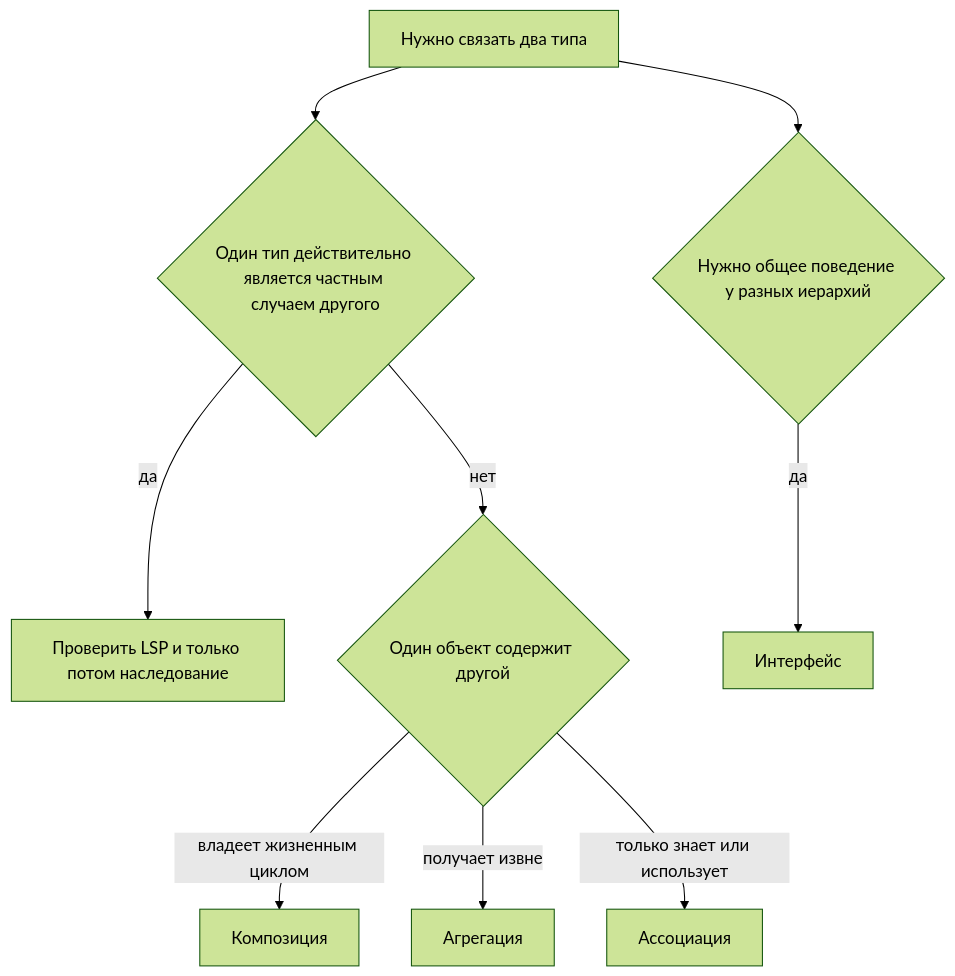
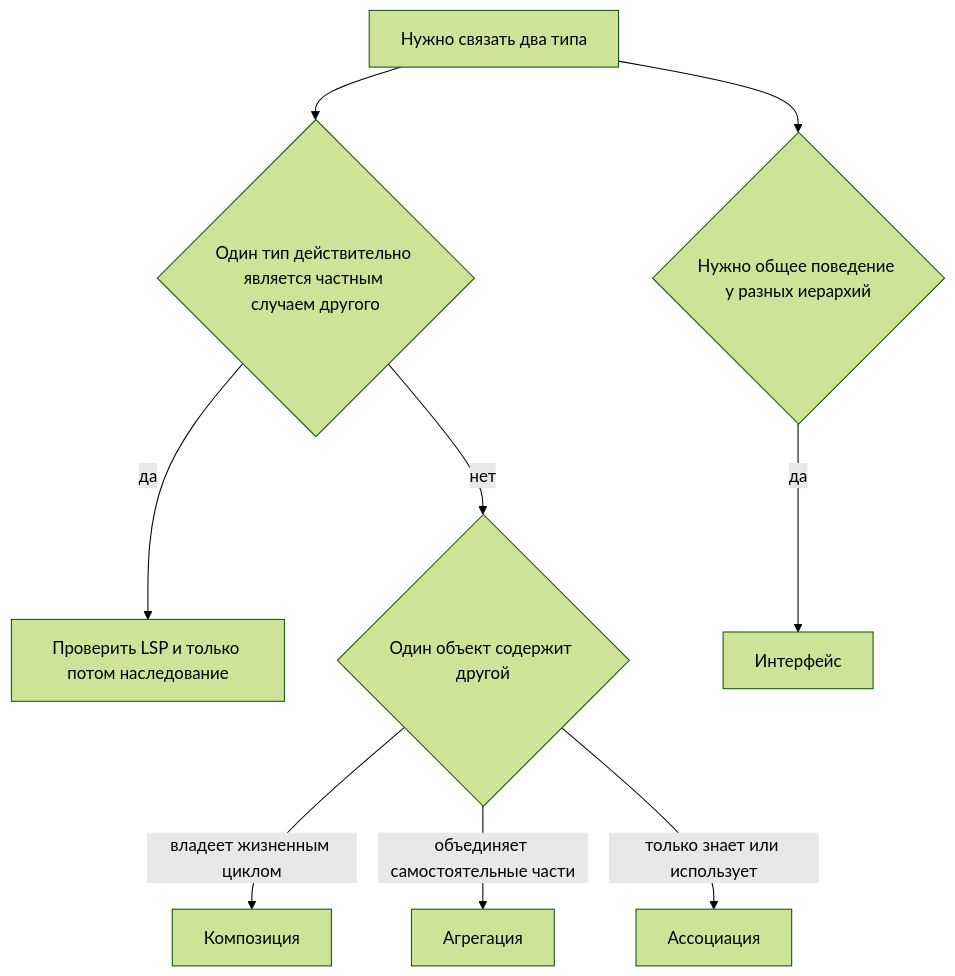
The eighth of 16 diagrams in content/lectures/Lec1/vitepress.md (Kert0n/KPO), drawn with Mermaid (forest theme) before and after one commit. The commit also changed other lines of this file, not shown here.

````diff
--- a/content/lectures/Lec1/vitepress.md
+++ b/content/lectures/Lec1/vitepress.md
@@ -756,11 +709,11 @@
 ```mermaid
 flowchart TD
     A["Нужно связать два типа"] --> B{"Один тип действительно является частным случаем другого"}
     B -->|" да "| C["Проверить LSP и только потом наследование"]
     B -->|" нет "| D{"Один объект содержит другой"}
     D -->|" владеет жизненным циклом "| E["Композиция"]
-    D -->|" получает извне "| F["Агрегация"]
+    D -->|" объединяет самостоятельные части "| F["Агрегация"]
     D -->|" только знает или использует "| G["Ассоциация"]
     A --> H{"Нужно общее поведение у разных иерархий"}
     H -->|" да "| I["Интерфейс"]
 ```
````
